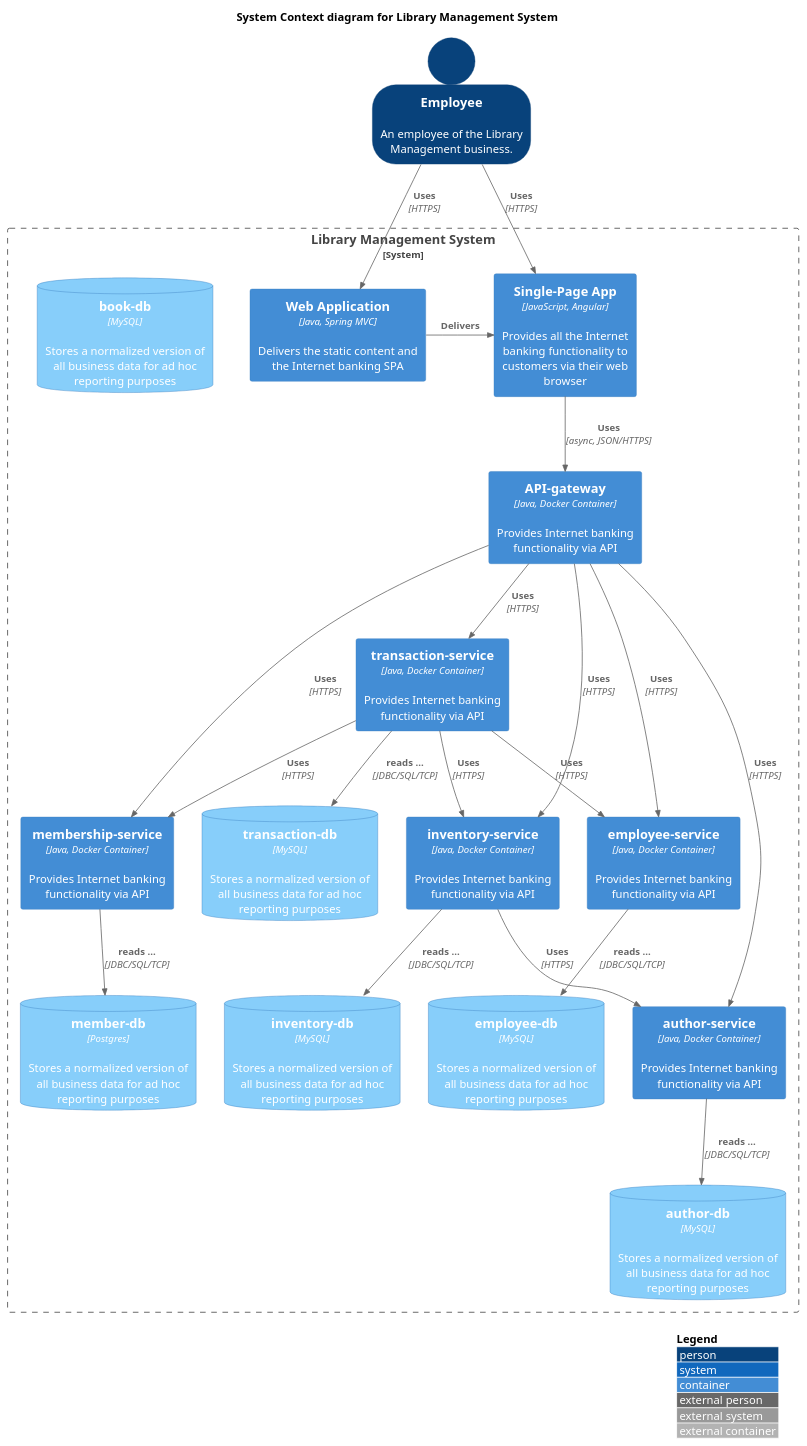
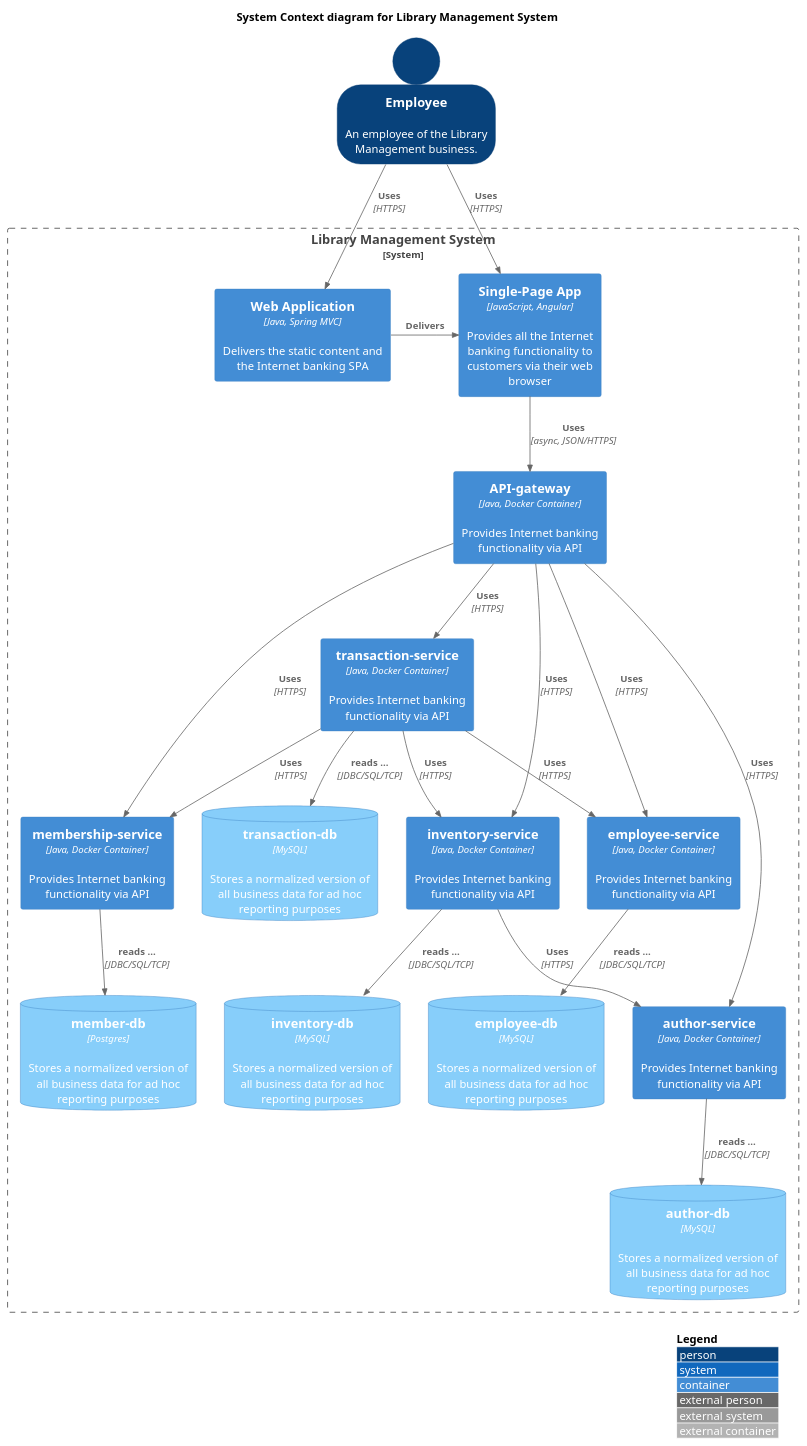
One commit to isaacwallace123/LibraryMicroservice changed the diagram in LibraryManagementC4Level2.puml. Above: the diagram before and after it, drawn with PlantUML. The commit also changed 38 other files, not shown here.

```diff
--- a/LibraryManagementC4Level2.puml
+++ b/LibraryManagementC4Level2.puml
@@ -1,60 +1,59 @@
 @startuml
 !include https://raw.githubusercontent.com/plantuml-stdlib/C4-PlantUML/master/C4_Container.puml
 ' uncomment the following line and comment the first to use locally
 ' !include C4_Container.puml
 
 ' LAYOUT_TOP_DOWN()
 ' LAYOUT_AS_SKETCH()
 LAYOUT_WITH_LEGEND()
 AddElementTag("microService", $shape=EightSidedShape(), $bgColor="CornflowerBlue", $fontColor="white", $legendText="micro service\neight sided")
 AddElementTag("storage", $shape=RoundedBoxShape(), $bgColor="lightSkyBlue", $fontColor="white")
 
 SHOW_PERSON_OUTLINE()
 
 title System Context diagram for Library Management System
 
 Person(employee, "Employee", "An employee of the Library Management business.")
 
 
 System_Boundary(c1, "Library Management System") {
     Container(web_app, "Web Application", "Java, Spring MVC", "Delivers the static content and the Internet banking SPA")
     Container(spa, "Single-Page App", "JavaScript, Angular", "Provides all the Internet banking functionality to customers via their web browser")
     Container(api_gateway, "API-gateway", "Java, Docker Container", "Provides Internet banking functionality via API")
     Container(ts, "transaction-service", "Java, Docker Container", "Provides Internet banking functionality via API")
     Container(ms, "membership-service", "Java, Docker Container", "Provides Internet banking functionality via API")
     Container(is, "inventory-service", "Java, Docker Container", "Provides Internet banking functionality via API")
     Container(as, "author-service", "Java, Docker Container", "Provides Internet banking functionality via API")
     Container(es, "employee-service", "Java, Docker Container", "Provides Internet banking functionality via API")
     ContainerDb(memb_db, "member-db", "Postgres", "Stores a normalized version of all business data for ad hoc reporting purposes", $tags = "storage")
     ContainerDb(empl_db, "employee-db", "MySQL", "Stores a normalized version of all business data for ad hoc reporting purposes", $tags = "storage")
     ContainerDb(invent_db, "inventory-db", "MySQL", "Stores a normalized version of all business data for ad hoc reporting purposes", $tags = "storage")
     ContainerDb(author_db, "author-db", "MySQL", "Stores a normalized version of all business data for ad hoc reporting purposes", $tags = "storage")
     ContainerDb(trans_db, "transaction-db", "MySQL", "Stores a normalized version of all business data for ad hoc reporting purposes", $tags = "storage")
-    ContainerDb(book_db, "book-db", "MySQL", "Stores a normalized version of all business data for ad hoc reporting purposes", $tags = "storage")
 }
 
 Rel_Neighbor(web_app, spa, "Delivers")
 Rel(spa, api_gateway, "Uses", "async, JSON/HTTPS")
 
 Rel(employee, web_app, "Uses", "HTTPS")
 Rel(employee, spa, "Uses", "HTTPS")
 
 Rel(api_gateway, ts, "Uses", "HTTPS")
 Rel(api_gateway, es, "Uses", "HTTPS")
 Rel(api_gateway, is, "Uses", "HTTPS")
 Rel(api_gateway, as, "Uses", "HTTPS")
 Rel(api_gateway, ms, "Uses", "HTTPS")
 
 Rel(is, as, "Uses", "HTTPS")
 
 Rel(ts, is, "Uses", "HTTPS")
 Rel(ts, ms, "Uses", "HTTPS")
 Rel(ts, es, "Uses", "HTTPS")
 
 Rel_D(as, author_db, "reads ...", "JDBC/SQL/TCP")
 Rel_D(es, empl_db, "reads ...", "JDBC/SQL/TCP")
 Rel_D(is, invent_db, "reads ...", "JDBC/SQL/TCP")
 Rel_D(ms, memb_db, "reads ...", "JDBC/SQL/TCP")
 Rel_D(ts, trans_db, "reads ...", "JDBC/SQL/TCP")
 
 @enduml
```
